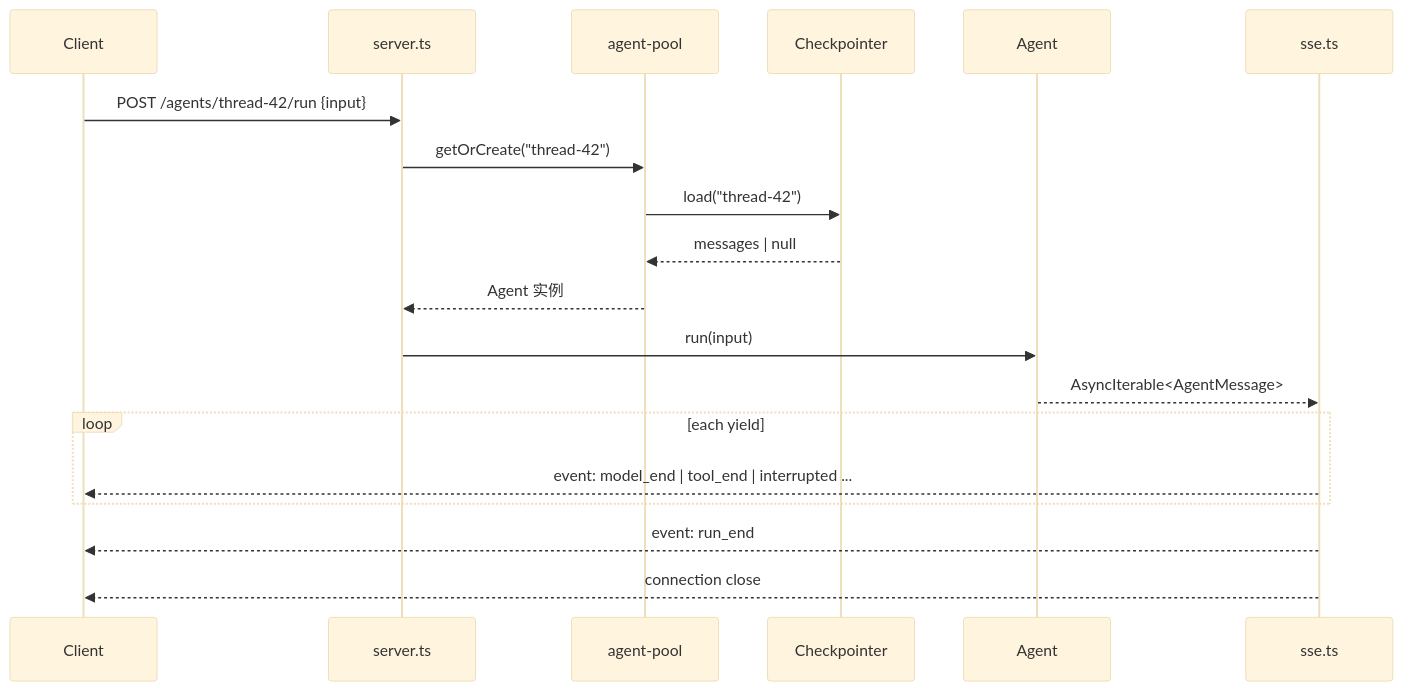
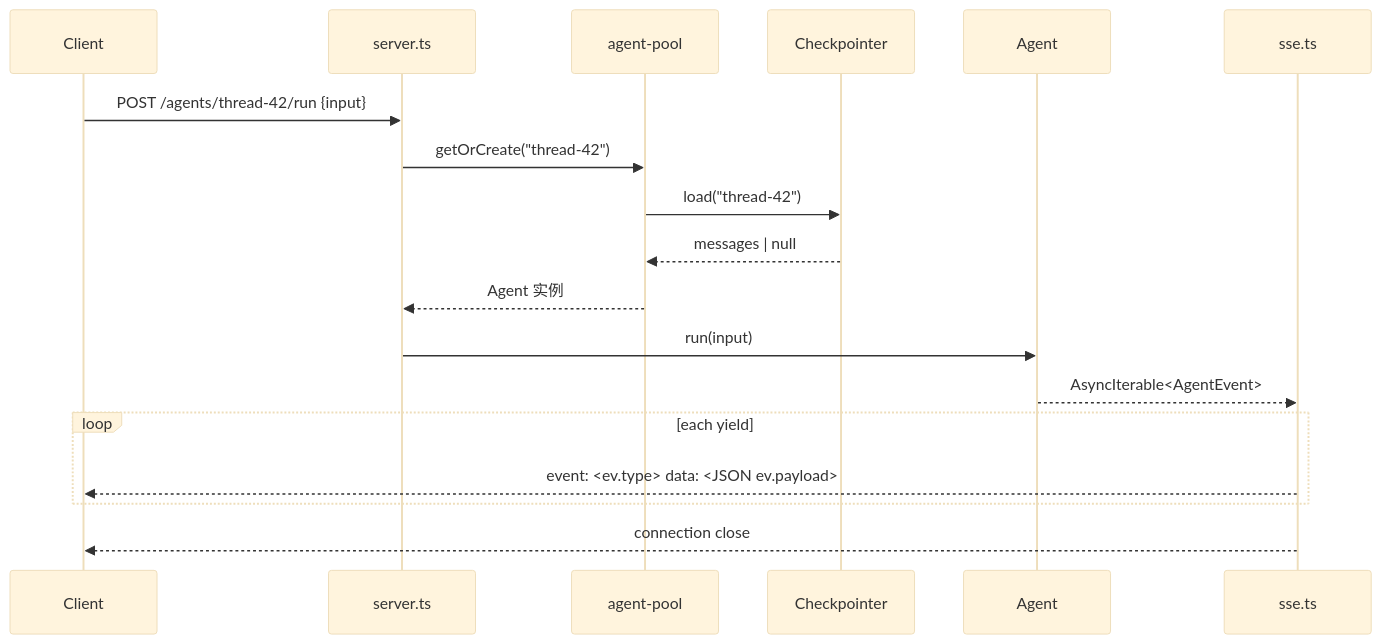
Before and after one commit to Chengchcc/my-agent-team: the first of 2 diagrams in docs/architecture/08-backend.md, drawn with Mermaid (base theme). The commit also changed other lines of this file and 6 other files, not shown here.

````diff
--- a/docs/architecture/08-backend.md
+++ b/docs/architecture/08-backend.md
@@ -180,23 +177,22 @@
 ```mermaid
 sequenceDiagram
   participant C as Client
   participant S as server.ts
   participant P as agent-pool
   participant CP as Checkpointer
   participant A as Agent
   participant SSE as sse.ts
 
   C->>S: POST /agents/thread-42/run {input}
   S->>P: getOrCreate("thread-42")
   P->>CP: load("thread-42")
   CP-->>P: messages | null
   P-->>S: Agent 实例
 
   S->>A: run(input)
-  A-->>SSE: AsyncIterable<AgentMessage>
+  A-->>SSE: AsyncIterable<AgentEvent>
   loop each yield
-    SSE-->>C: event: model_end | tool_end | interrupted ...
+    SSE-->>C: event: <ev.type> data: <JSON ev.payload>
   end
-  SSE-->>C: event: run_end
   SSE-->>C: connection close
 ```
````
